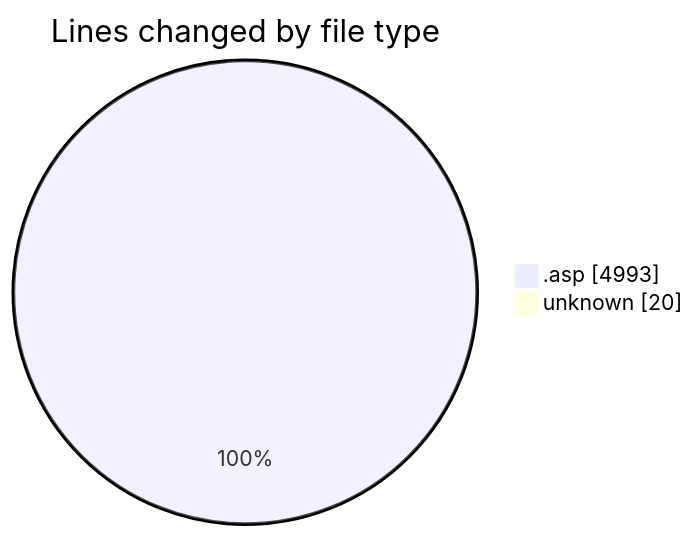
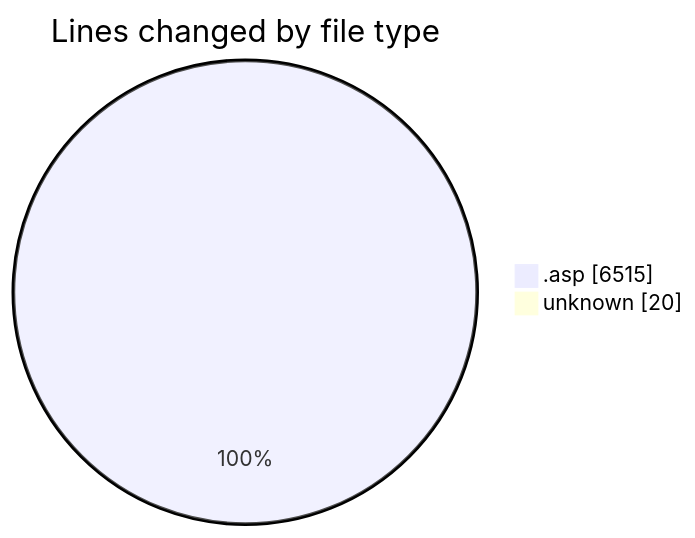
The first of 2 diagrams in 2025-10-27/cdp_aleoudev_fr__workspace_/README.md (julien-gomy/code-tracking), drawn with Mermaid before and after one commit. The commit also changed other lines of this file and 1 other file, not shown here.

````diff
--- a/2025-10-27/cdp_aleoudev_fr__workspace_/README.md
+++ b/2025-10-27/cdp_aleoudev_fr__workspace_/README.md
@@ -25,6 +28,6 @@
 ```mermaid
 pie showData
 title Lines changed by file type
-".asp" : 4993
+".asp" : 6515
 "unknown" : 20
 ```
````
